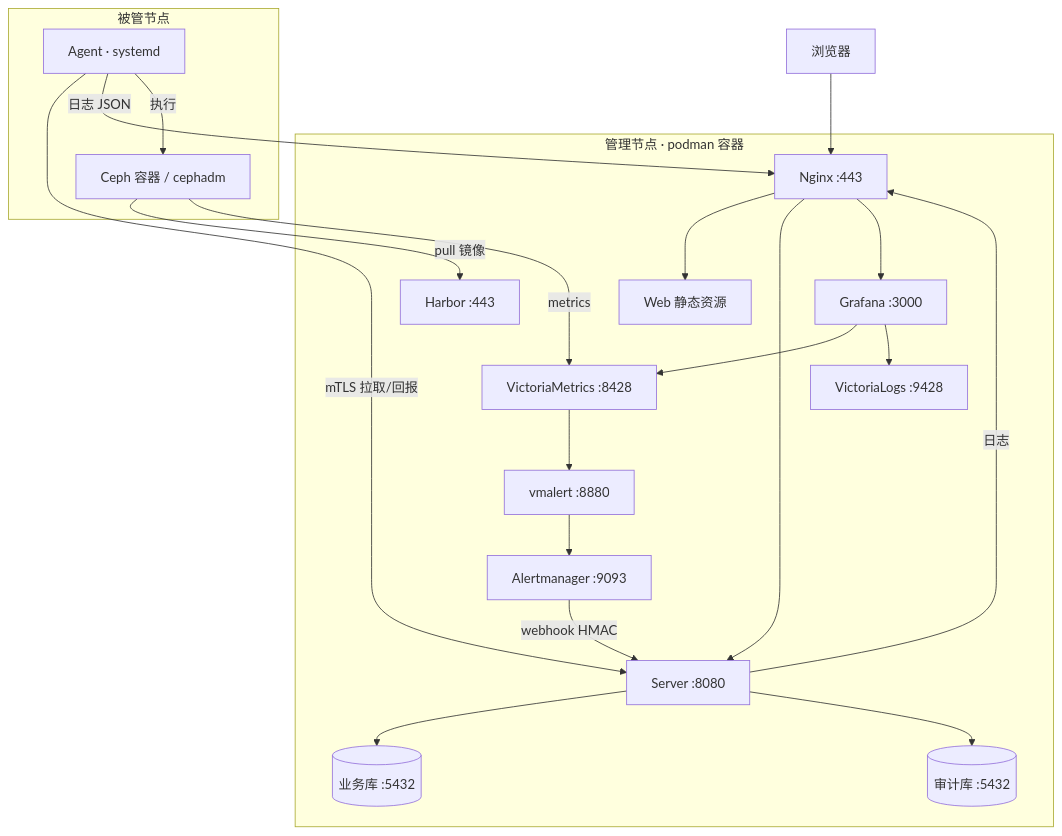
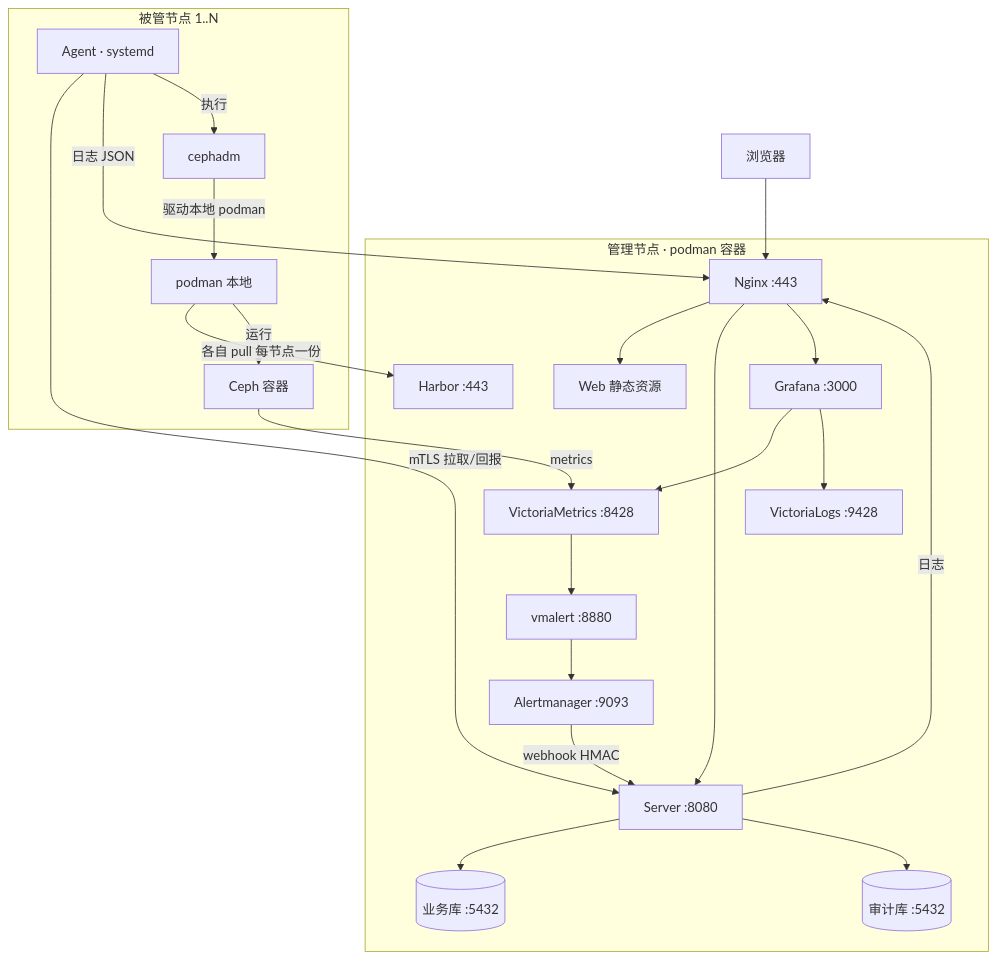
The diagram in docs/02-研发线/04-架构师/系统架构与数据流全景.md (lnsyyj/winter), drawn with Mermaid before and after one commit. The commit also changed other lines of this file and 1 other file, not shown here.

Commit message:
docs(arch): 全局进程交互图画出每节点 cephadm→podman→Harbor
- 原来只有一条 `CE -->|每节点各自 pull| HR`，看不出「谁在拉」和「每节点一份」
- 现在按实际链路展开：Agent →本机 cephadm →本机 podman →Harbor →运行 Ceph 容器，
  节点画成「被管节点 1..N（每台结构相同）」
- 补一句关键结论：cephadm 只是驱动者，真正建连接的是本机 podman —— 这解释了为什么
  Agent 自己不需要 Harbor 凭据
- 非对称点从 4 条扩到 5 条：无入站端口 / Agent 不连 Harbor / Harbor 唯一来源但每节点各自拉 /
  Server 不碰 Ceph / Grafana 只能经反代；删掉已作废的 Runner 那条
- 修交互矩阵：删 MQ 列时只改了表头没改数据行，导致行列错位（有的行 11 格有的 10 格），
  整表重写；cephadm 行改为 `cephadm / podman`，Harbor 列标「pull（每节点）」
- 图册 §2.1 与全景 §2.1 各补一行「节点本地 cephadm / podman」
- 验证：mermaid 块结构正常；374 个链接有效
- 回滚：git revert <this>

````diff
--- a/docs/02-研发线/04-架构师/系统架构与数据流全景.md
+++ b/docs/02-研发线/04-架构师/系统架构与数据流全景.md
@@ -41,41 +41,45 @@
 ```mermaid
 graph TB
   U[浏览器]
 
   subgraph MGMT[管理节点 · podman 容器]
     NG[Nginx :443]
     WEB[Web 静态资源]
     S[Server :8080]
     PG[(业务库 :5432)]
     ADB[(审计库 :5432)]
     HR[Harbor :443]
     VM[VictoriaMetrics :8428]
     VL[VictoriaLogs :9428]
     VMA[vmalert :8880]
     AM[Alertmanager :9093]
     GF[Grafana :3000]
   end
 
-  subgraph NODE[被管节点]
+  subgraph NODE["被管节点 1..N"]
     A[Agent · systemd]
-    CE[Ceph 容器 / cephadm]
+    CM[cephadm]
+    PD[podman 本地]
+    CE[Ceph 容器]
   end
 
   U --> NG
   NG --> WEB
   NG --> S
   NG --> GF
   S --> PG
   S --> ADB
   A -->|mTLS 拉取/回报| S
   A -->|日志 JSON| NG
-  A -->|执行| CE
-  CE -->|pull 镜像| HR
+  A -->|执行| CM
+  CM -->|驱动本地 podman| PD
+  PD -->|各自 pull 每节点一份| HR
+  PD -->|运行| CE
   CE -->|metrics| VM
   VM --> VMA
   VMA --> AM
   AM -->|webhook HMAC| S
   GF --> VM
   GF --> VL
   S -->|日志| NG
 ```
````
